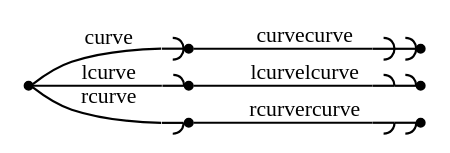
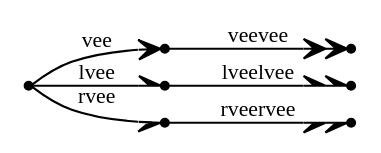
One commit to graphviz-perl/GraphViz2-Marpa-PathUtils changed the diagram in out/clusters.out.08.010.gv. Above: the diagram before and after it, drawn with Graphviz. The commit also changed 47 other files, not shown here.

```diff
--- a/out/clusters.out.08.010.gv
+++ b/out/clusters.out.08.010.gv
@@ -1,13 +1,13 @@
 digraph G
 {
 	graph[rankdir = "LR" nodesep = "0"]
 	node[shape = "point" label = ""]
 	edge[fontsize = "10"]
-	_curve -> curve[arrowhead = "curve" label = "curve"]
-	curve -> curvecurve[arrowhead = "curvecurve" label = "curvecurve"]
-	_curve -> lcurve[arrowhead = "lcurve" label = "lcurve"]
-	lcurve -> lcurvelcurve[arrowhead = "lcurvelcurve" label = "lcurvelcurve"]
-	_curve -> rcurve[arrowhead = "rcurve" label = "rcurve"]
-	rcurve -> rcurvercurve[arrowhead = "rcurvercurve" label = "rcurvercurve"]
+	_vee -> vee[arrowhead = "vee" label = "vee"]
+	vee -> veevee[arrowhead = "veevee" label = "veevee"]
+	_vee -> lvee[arrowhead = "lvee" label = "lvee"]
+	lvee -> lveelvee[arrowhead = "lveelvee" label = "lveelvee"]
+	_vee -> rvee[arrowhead = "rvee" label = "rvee"]
+	rvee -> rveervee[arrowhead = "rveervee" label = "rveervee"]
 
 }
```
